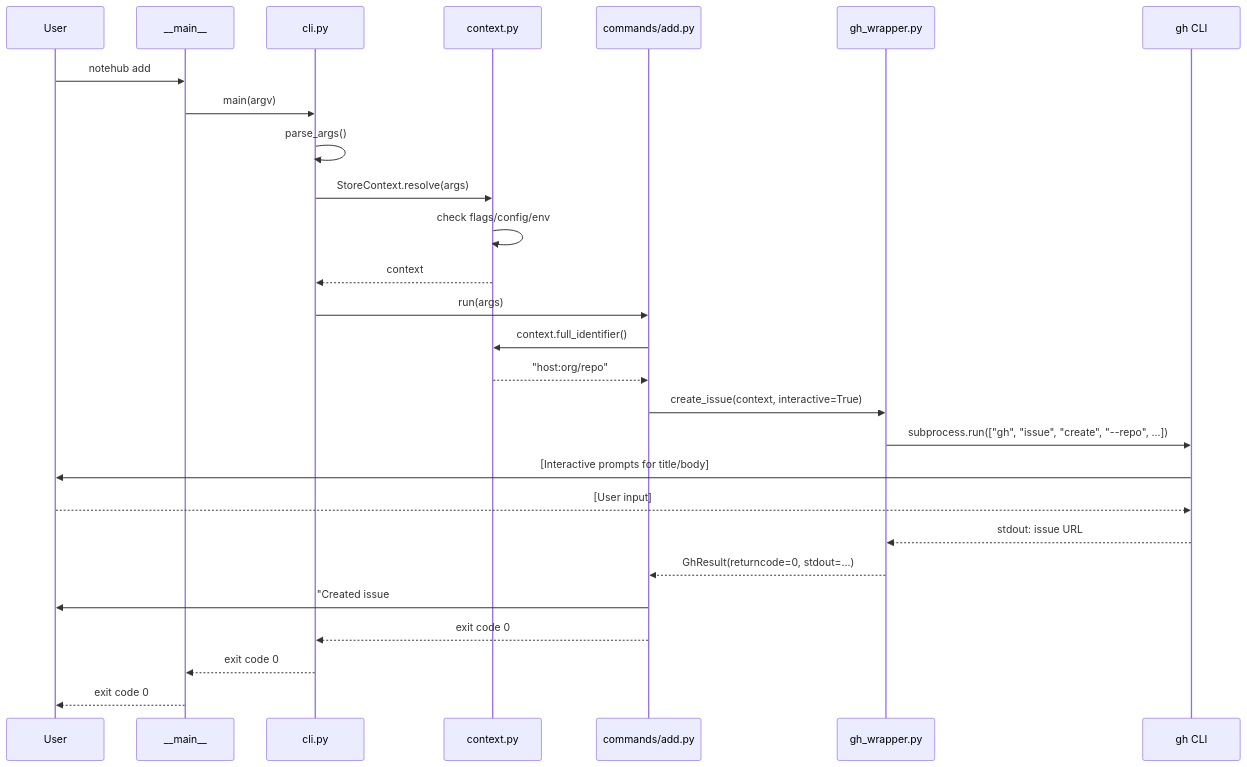
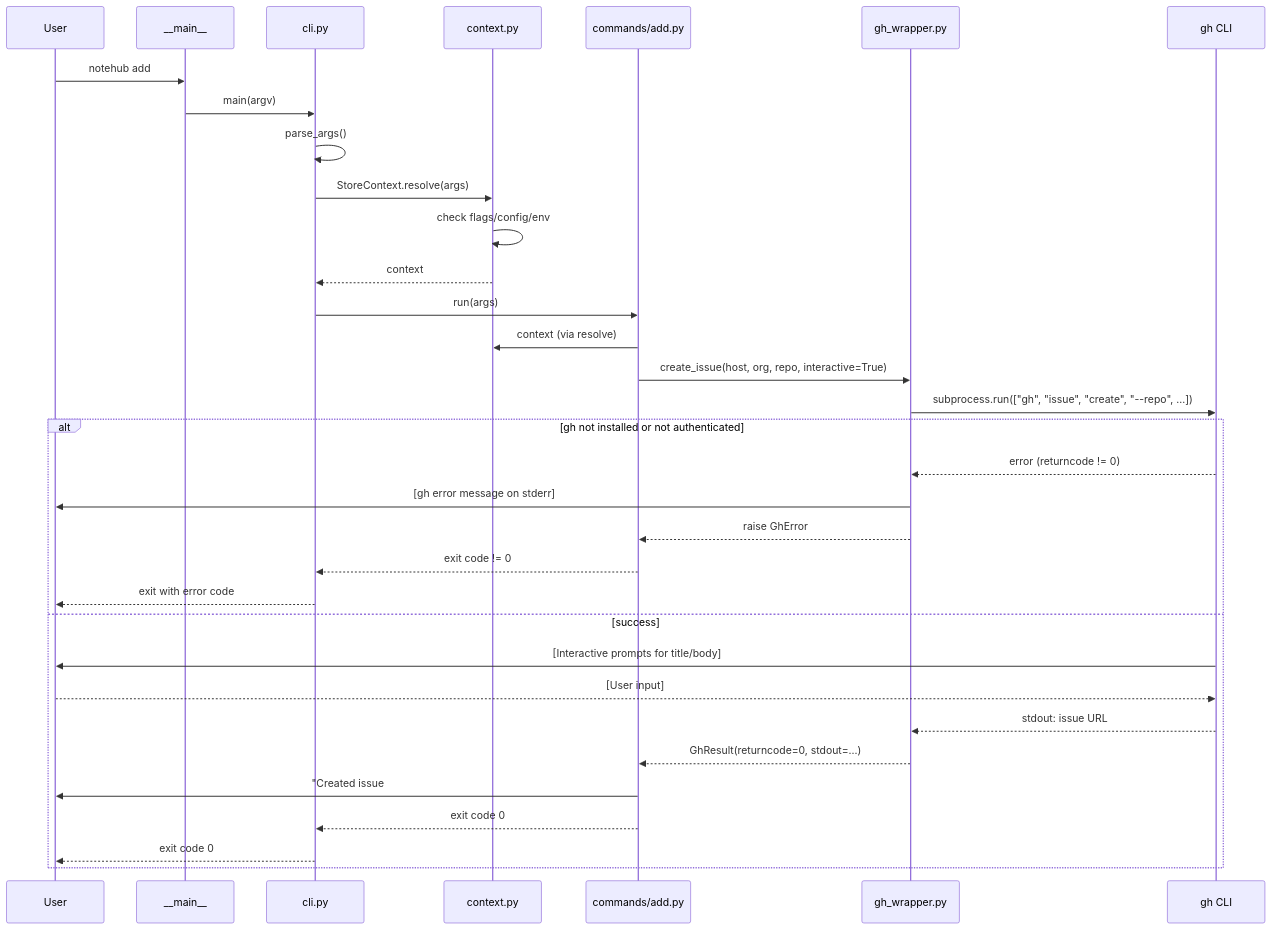
Before and after one commit to Stabledog/notehub: the third of 5 diagrams in spec/design.md, drawn with Mermaid. The commit also changed other lines of this file and 3 other files, not shown here.

````diff
--- a/spec/design.md
+++ b/spec/design.md
@@ -289,30 +289,37 @@
 ```mermaid
 sequenceDiagram
     participant User
     participant Main as __main__
     participant CLI as cli.py
     participant Ctx as context.py
     participant Add as commands/add.py
     participant GH as gh_wrapper.py
     participant GH_CLI as gh CLI
     
     User->>Main: notehub add
     Main->>CLI: main(argv)
     CLI->>CLI: parse_args()
     CLI->>Ctx: StoreContext.resolve(args)
     Ctx->>Ctx: check flags/config/env
     Ctx-->>CLI: context
     CLI->>Add: run(args)
-    Add->>Ctx: context.full_identifier()
-    Ctx-->>Add: "host:org/repo"
-    Add->>GH: create_issue(context, interactive=True)
+    Add->>Ctx: context (via resolve)
+    Add->>GH: create_issue(host, org, repo, interactive=True)
     GH->>GH_CLI: subprocess.run(["gh", "issue", "create", "--repo", ...])
-    GH_CLI->>User: [Interactive prompts for title/body]
-    User-->>GH_CLI: [User input]
-    GH_CLI-->>GH: stdout: issue URL
-    GH-->>Add: GhResult(returncode=0, stdout=...)
-    Add->>User: "Created issue #123: https://..."
-    Add-->>CLI: exit code 0
-    CLI-->>Main: exit code 0
-    Main-->>User: exit code 0
+    
+    alt gh not installed or not authenticated
+        GH_CLI-->>GH: error (returncode != 0)
+        GH->>User: [gh error message on stderr]
+        GH-->>Add: raise GhError
+        Add-->>CLI: exit code != 0
+        CLI-->>User: exit with error code
+    else success
+        GH_CLI->>User: [Interactive prompts for title/body]
+        User-->>GH_CLI: [User input]
+        GH_CLI-->>GH: stdout: issue URL
+        GH-->>Add: GhResult(returncode=0, stdout=...)
+        Add->>User: "Created issue #123: https://..."
+        Add-->>CLI: exit code 0
+        CLI-->>User: exit code 0
+    end
 ```
````
